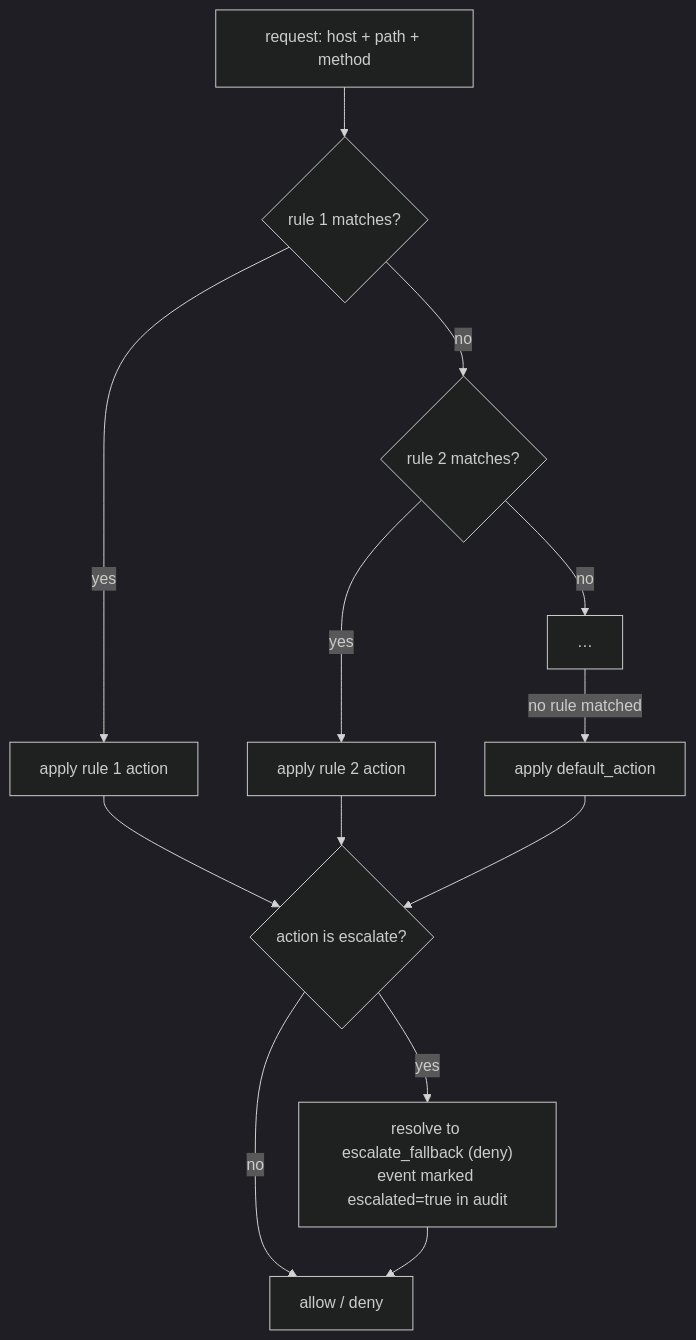
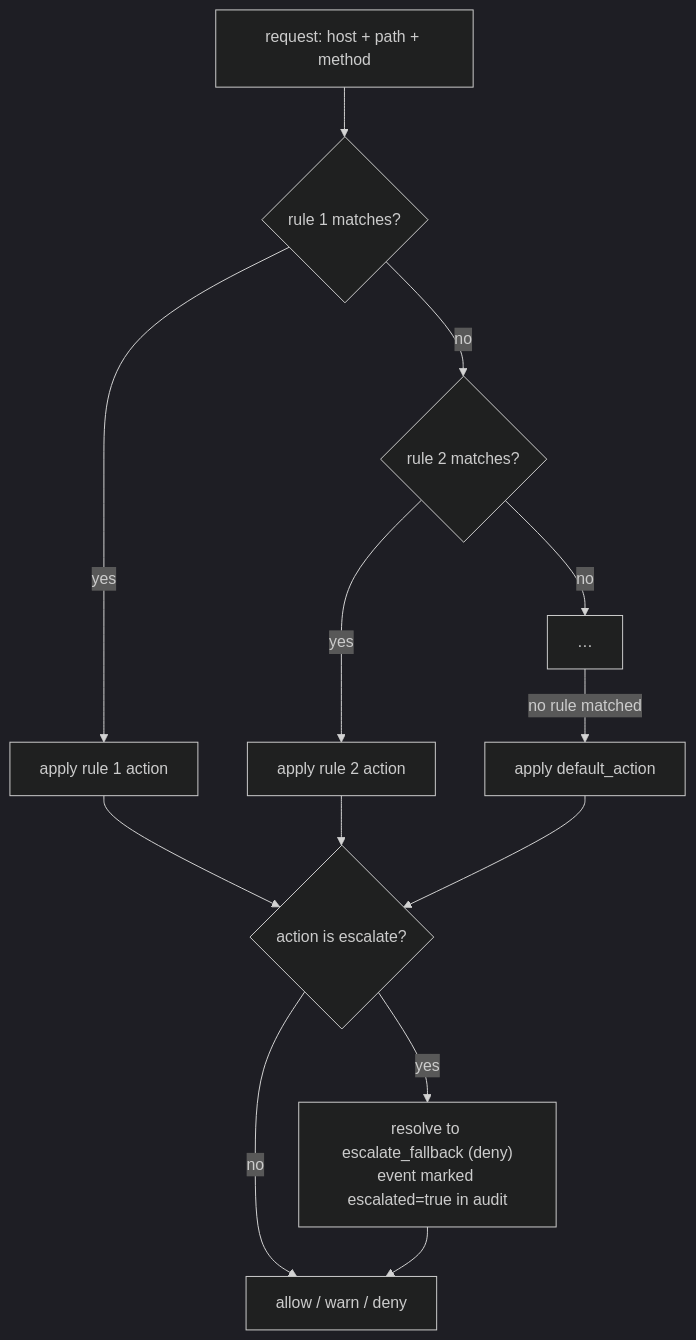
Before and after one commit to decoyrail-team/decoyrail: the diagram in docs/policy.md, drawn with Mermaid (dark theme). The commit also changed other lines of this file and 15 other files, not shown here.

````diff
--- a/docs/policy.md
+++ b/docs/policy.md
@@ -42,14 +42,14 @@
 ```mermaid
 flowchart TD
     req["request: host + path + method"] --> r1{rule 1 matches?}
     r1 -->|yes| a1[apply rule 1 action]
     r1 -->|no| r2{rule 2 matches?}
     r2 -->|yes| a2[apply rule 2 action]
     r2 -->|no| rn["…"]
     rn -->|no rule matched| def[apply default_action]
 
     a1 & a2 & def --> esc{action is escalate?}
     esc -->|yes| fb["resolve to escalate_fallback (deny)<br/>event marked escalated=true in audit"]
-    esc -->|no| done[allow / deny]
+    esc -->|no| done[allow / warn / deny]
     fb --> done
 ```
````
